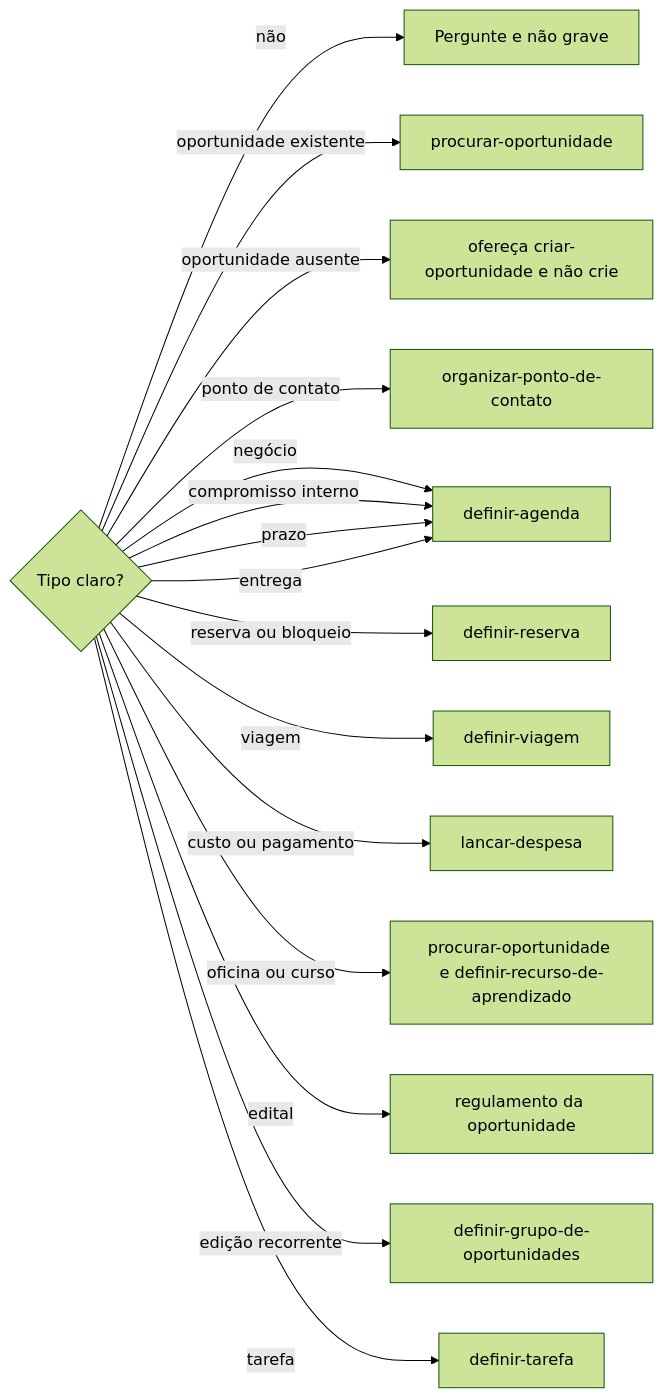
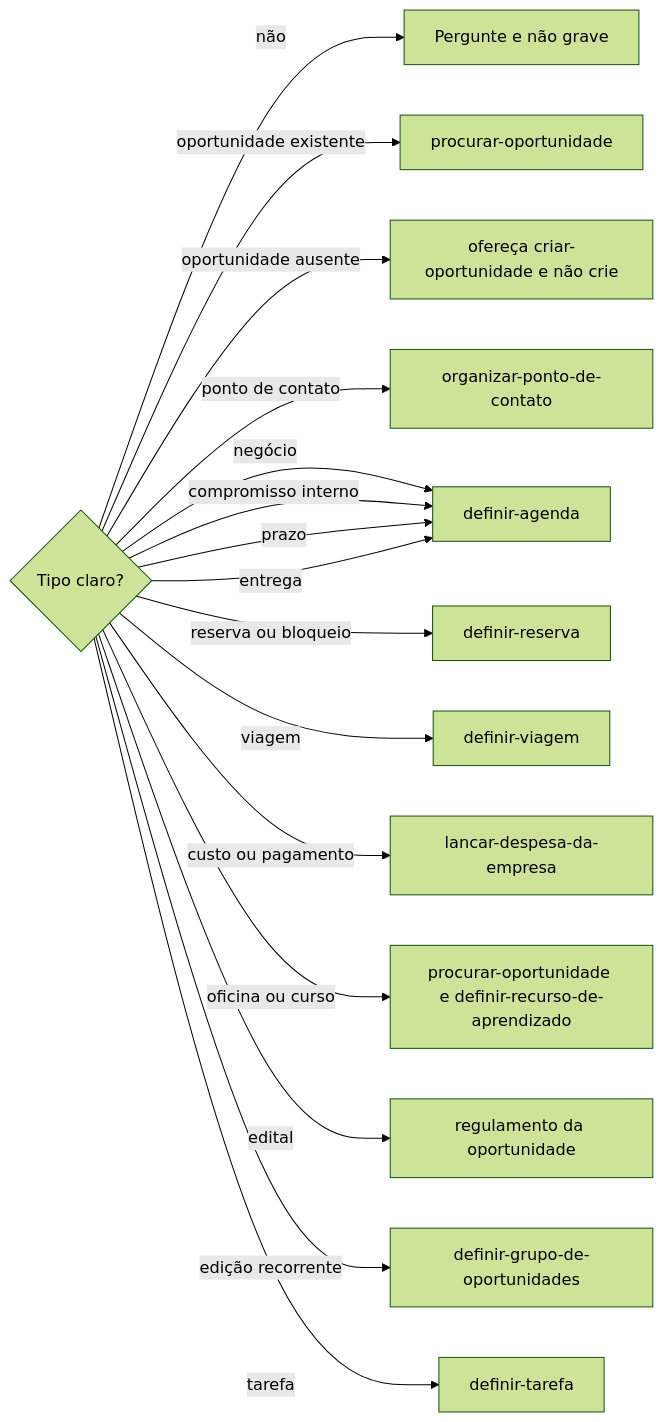
The diagram in .agents/skills/definir-tipo-do-evento/SKILL.md (jimmyandrade/harness), drawn with Mermaid (forest theme) before and after one commit. The commit also changed other lines of this file and 16 other files, not shown here.

First line of the commit message:
feat(lancar-despesa-da-empresa)!: name the company in the expense skill

````diff
--- a/.agents/skills/definir-tipo-do-evento/SKILL.md
+++ b/.agents/skills/definir-tipo-do-evento/SKILL.md
@@ -36,18 +36,18 @@
 ```mermaid
 flowchart LR
   T{Tipo claro?} -->|não| Q[Pergunte e não grave]
   T -->|oportunidade existente| B[procurar-oportunidade]
   T -->|oportunidade ausente| C[ofereça criar-oportunidade e não crie]
   T -->|ponto de contato| D[organizar-ponto-de-contato]
   T -->|negócio| N[definir-agenda]
   T -->|compromisso interno| N
   T -->|prazo| N
   T -->|entrega| N
   T -->|reserva ou bloqueio| K[definir-reserva]
   T -->|viagem| V[definir-viagem]
-  T -->|custo ou pagamento| G[lancar-despesa]
+  T -->|custo ou pagamento| G[lancar-despesa-da-empresa]
   T -->|oficina ou curso| E[procurar-oportunidade e definir-recurso-de-aprendizado]
   T -->|edital| F[regulamento da oportunidade]
   T -->|edição recorrente| H[definir-grupo-de-oportunidades]
   T -->|tarefa| I[definir-tarefa]
 ```
````
